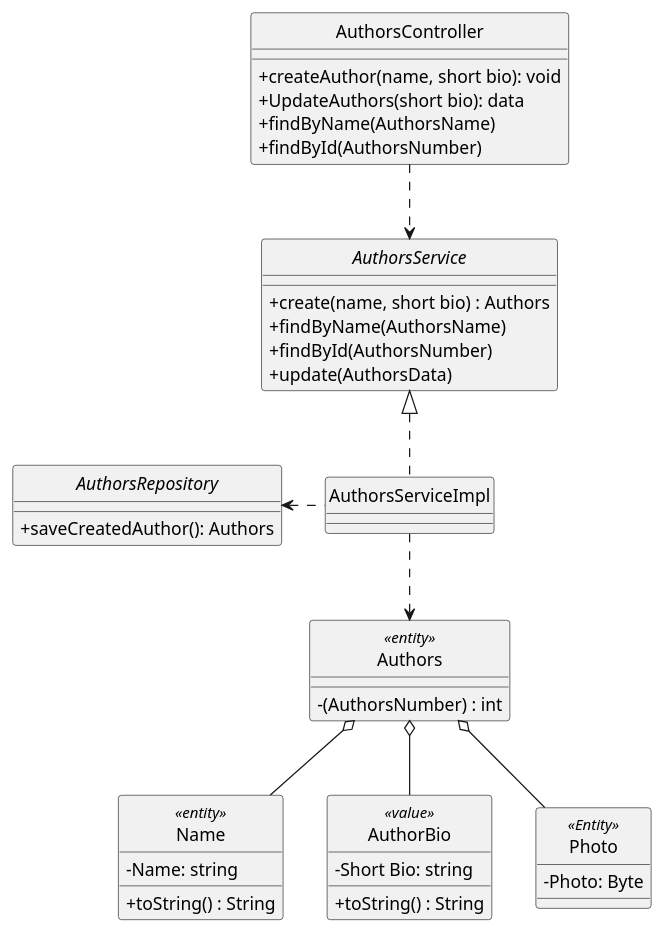
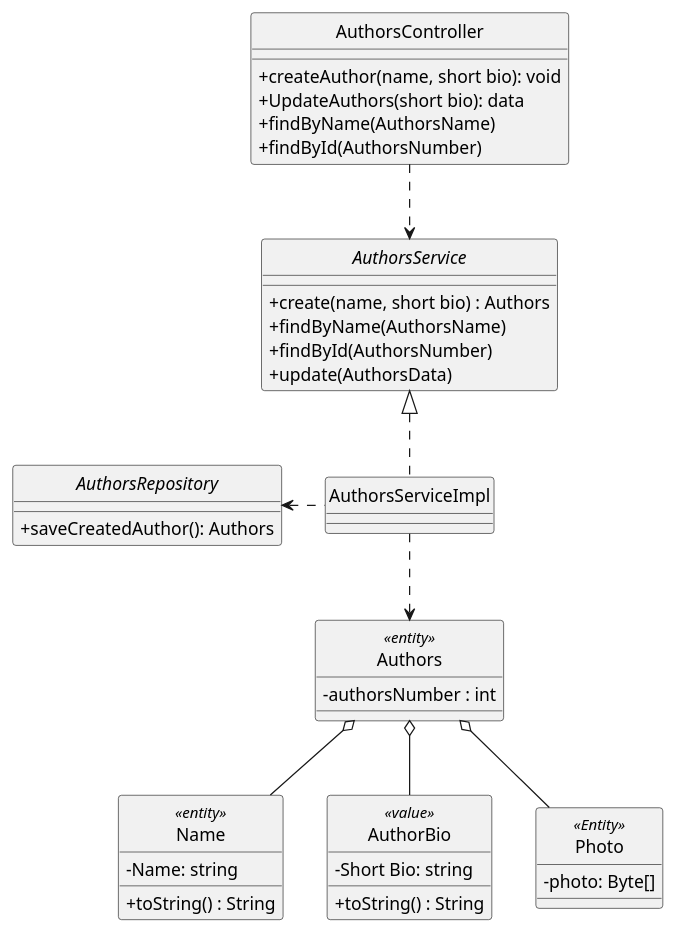
One commit to rutemf/1220944_1220772_G01 changed the diagram in Docs/Phase1/WP1A-Authors/ClassDiagram.puml. Above: the diagram before and after it, drawn with PlantUML. The commit also changed 22 other files, not shown here.

```diff
--- a/Docs/Phase1/WP1A-Authors/ClassDiagram.puml
+++ b/Docs/Phase1/WP1A-Authors/ClassDiagram.puml
@@ -1,52 +1,51 @@
 @startuml
 'https://plantuml.com/class-diagram
 
 skinparam classAttributeIconSize 0
 hide circle
 class Authors <<entity>>{
-    - (AuthorsNumber) : int
-
+    - authorsNumber : int
 }
 class Name <<entity>>{
     - Name: string
     + toString() : String
 }
 
 class AuthorBio <<value>>{
     - Short Bio: string
     + toString() : String
 }
 
 class Photo <<Entity>>{
-    - Photo: Byte
+    - photo: Byte[]
 }
 
 class AuthorsController {
     +createAuthor(name, short bio): void
     +UpdateAuthors(short bio): data
     + findByName(AuthorsName)
     + findById(AuthorsNumber)
 }
 
 class AuthorsServiceImpl implements AuthorsService{
 }
 
 interface AuthorsService {
     + create(name, short bio) : Authors
     + findByName(AuthorsName)
     + findById(AuthorsNumber)
     + update(AuthorsData)
 }
 
 interface AuthorsRepository {
     +saveCreatedAuthor(): Authors
 }
 
 AuthorsServiceImpl ..> Authors
 AuthorsController ..> AuthorsService
 AuthorsServiceImpl .left.> AuthorsRepository
 
 Authors o-- Name
 Authors o-- Photo
 Authors o-- AuthorBio
 @enduml
```
